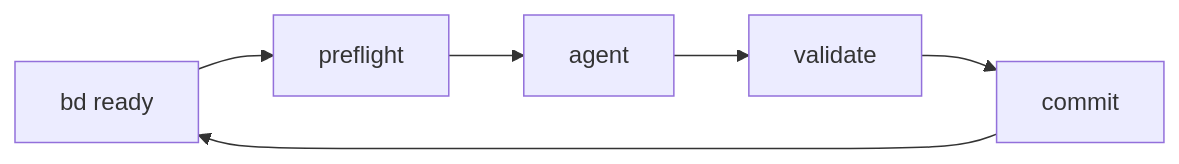
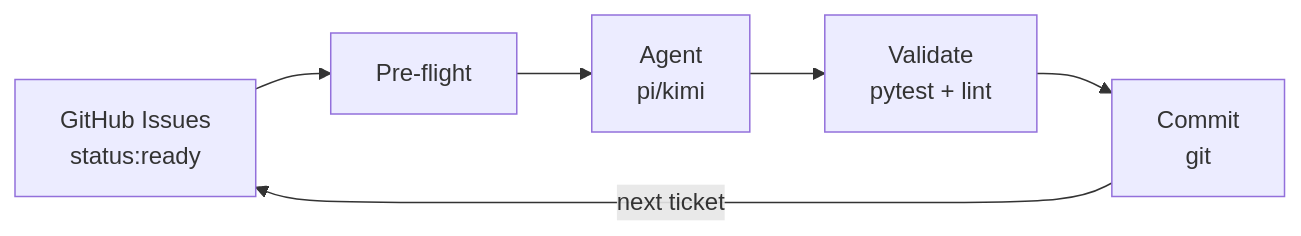
The first of 2 diagrams in README.md (samdharma/ralph_loop), drawn with Mermaid before and after one commit. The commit also changed other lines of this file and 1 other file, not shown here.

Commit message:
docs(v3): remove beads from README, convert all ASCII diagrams to Mermaid, add Section 15 phase validation gates with wired y/n, stub, dead code checks

````diff
--- a/README.md
+++ b/README.md
@@ -10,8 +11,8 @@
 ```mermaid
 graph LR
-    A[bd ready] --> B[preflight]
-    B --> C[agent]
-    C --> D[validate]
-    D --> E[commit]
-    E --> A
+    A[GitHub Issues<br/>status:ready] --> B[Pre-flight]
+    B --> C[Agent<br/>pi/kimi]
+    C --> D[Validate<br/>pytest + lint]
+    D --> E[Commit<br/>git]
+    E -->|next ticket| A
 ```
````
